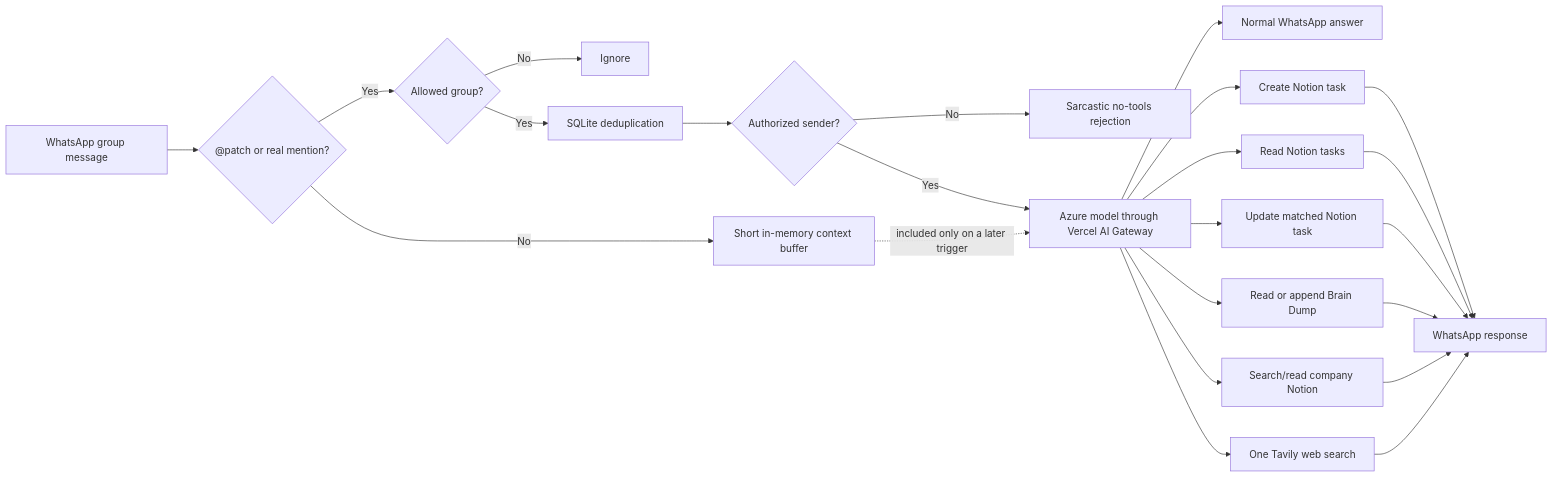
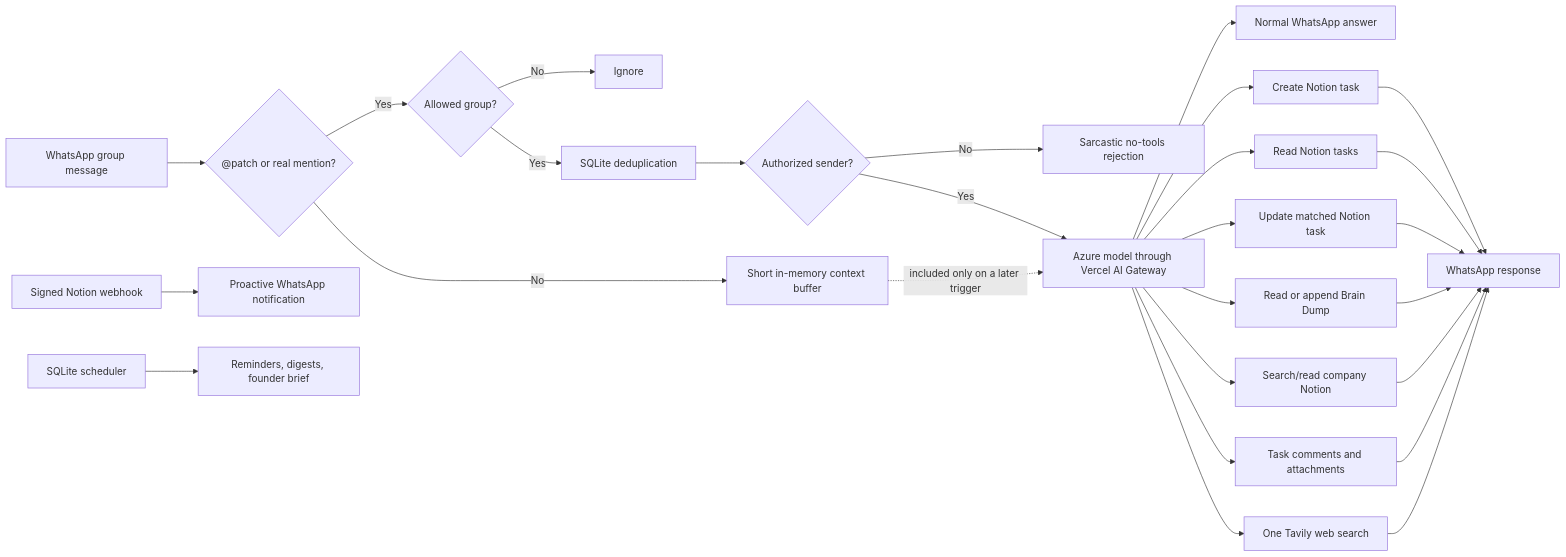
One commit to sagnik11/dia-whatsapp-bot changed the diagram in README.md. Above: the diagram before and after it, drawn with Mermaid. The commit also changed other lines of this file and 21 other files, not shown here.

Commit message:
Add media, briefs, comments, and Notion webhooks

````diff
--- a/README.md
+++ b/README.md
@@ -68,25 +75,29 @@
 ```mermaid
 flowchart LR
     W["WhatsApp group message"] --> T{"@patch or real mention?"}
     T -- No --> C["Short in-memory context buffer"]
     T -- Yes --> G{"Allowed group?"}
     G -- No --> X["Ignore"]
     G -- Yes --> D["SQLite deduplication"]
     D --> U{"Authorized sender?"}
     U -- No --> R["Sarcastic no-tools rejection"]
     U -- Yes --> A["Azure model through Vercel AI Gateway"]
     C -.->|included only on a later trigger| A
     A --> Q["Normal WhatsApp answer"]
     A --> N1["Create Notion task"]
     A --> N2["Read Notion tasks"]
     A --> N5["Update matched Notion task"]
     A --> N3["Read or append Brain Dump"]
     A --> N4["Search/read company Notion"]
+    A --> N6["Task comments and attachments"]
     A --> S["One Tavily web search"]
+    NW["Signed Notion webhook"] --> PN["Proactive WhatsApp notification"]
+    SC["SQLite scheduler"] --> FB["Reminders, digests, founder brief"]
     N1 --> O["WhatsApp response"]
     N2 --> O
     N5 --> O
     N3 --> O
     N4 --> O
+    N6 --> O
     S --> O
 ```
````
